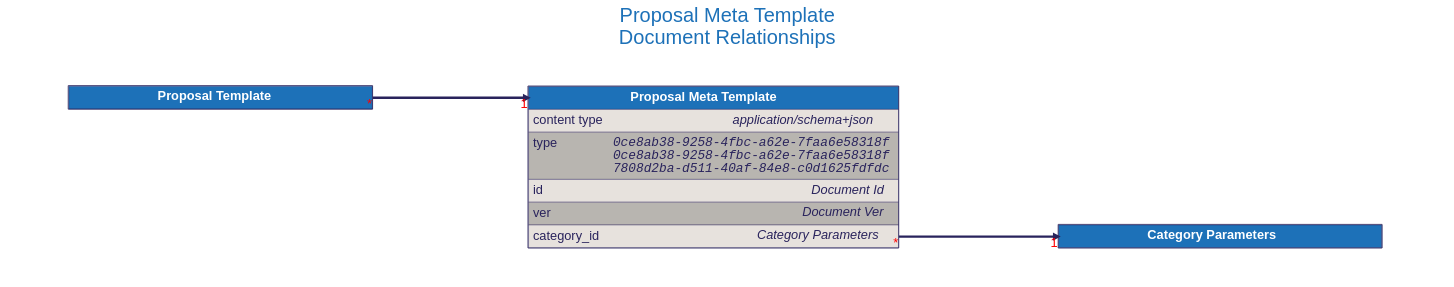
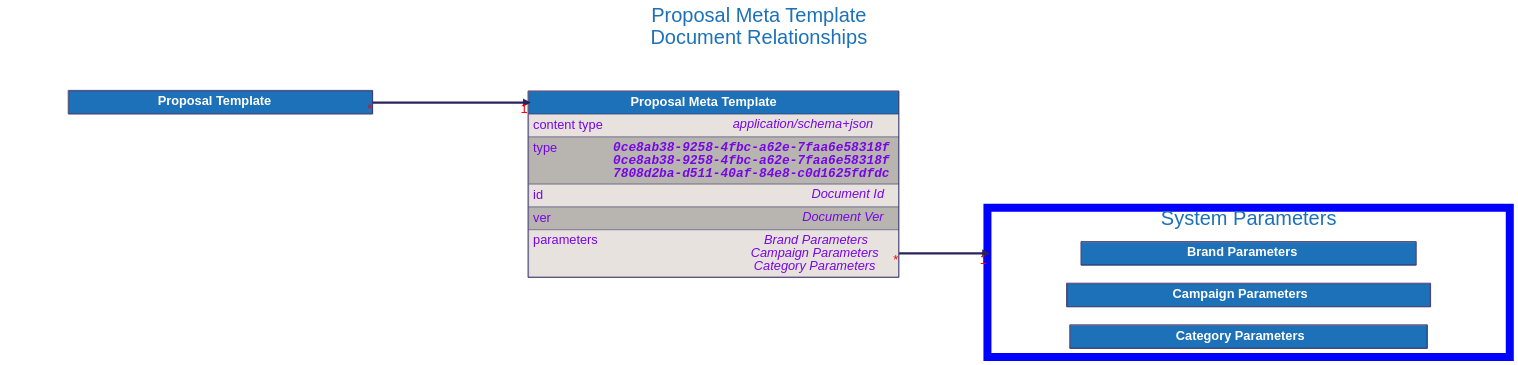
The diagram in docs/src/architecture/08_concepts/signed_doc/diagrams/proposal_meta_template.dot (input-output-hk/catalyst-libs), drawn with Graphviz before and after one commit. The commit also changed 59 other files, not shown here.

```diff
--- a/docs/src/architecture/08_concepts/signed_doc/diagrams/proposal_meta_template.dot
+++ b/docs/src/architecture/08_concepts/signed_doc/diagrams/proposal_meta_template.dot
@@ -1,111 +1,149 @@
 digraph "Proposal Meta Template" {
     rankdir="LR"
-        graph [fontname="helvetica", fontsize="32", fontcolor="#29235c", bgcolor="white"];
-        node [penwidth="0", margin="0", fontname="helvetica", fontsize="32", fontcolor="#29235c"];
-        edge [fontname="helvetica", fontsize="32", fontcolor="red", color="#29235c"];
+    graph [fontname="helvetica", fontsize="32", fontcolor="#29235c", bgcolor="white"];
+    node [penwidth="0", margin="0", fontname="helvetica", fontsize="32", fontcolor="#29235c"];
+    edge [fontname="helvetica", fontsize="32", fontcolor="red", color="#29235c"];
 
     labelloc="t"
     label="Proposal Meta Template
 Document Relationships"
     fontcolor="#1d71b8"
     fontsize=50
+    compound=true
 
 
-    "Category Parameters" [
-        id="Category Parameters";
-        label=<
-            <TABLE BORDER="2" COLOR="#29235c" CELLBORDER="1" CELLSPACING="0" CELLPADDING="10">
-            <TR>
-                <TD PORT="title" BGCOLOR="#1d71b8" HREF="../category_parameters/">
-                    <FONT COLOR="#ffffff"><B> Category Parameters </B></FONT>
-                </TD>
-            </TR>
 
-            </TABLE>
-        >
-    ];
+    subgraph cluster_system_parameters {
+        label = "System Parameters";
+        color=blue
+        penwidth=20
 
+        "Brand Parameters" [
+            id="Brand Parameters";
+            label=<
+                <TABLE BORDER="2" COLOR="#29235c" CELLBORDER="1" CELLSPACING="0" CELLPADDING="10">
+                <TR>
+                    <TD PORT="title" BGCOLOR="#1d71b8" HREF="../brand_parameters/">
+                        <FONT COLOR="#ffffff"><B> Brand Parameters </B></FONT>
+                    </TD>
+                </TR>
+
+                </TABLE>
+            >
+        ];
+
+
+        "Campaign Parameters" [
+            id="Campaign Parameters";
+            label=<
+                <TABLE BORDER="2" COLOR="#29235c" CELLBORDER="1" CELLSPACING="0" CELLPADDING="10">
+                <TR>
+                    <TD PORT="title" BGCOLOR="#1d71b8" HREF="../campaign_parameters/">
+                        <FONT COLOR="#ffffff"><B> Campaign Parameters </B></FONT>
+                    </TD>
+                </TR>
+
+                </TABLE>
+            >
+        ];
+
+
+        "Category Parameters" [
+            id="Category Parameters";
+            label=<
+                <TABLE BORDER="2" COLOR="#29235c" CELLBORDER="1" CELLSPACING="0" CELLPADDING="10">
+                <TR>
+                    <TD PORT="title" BGCOLOR="#1d71b8" HREF="../category_parameters/">
+                        <FONT COLOR="#ffffff"><B> Category Parameters </B></FONT>
+                    </TD>
+                </TR>
+
+                </TABLE>
+            >
+        ];
+
+    }
 
     "Proposal Meta Template" [
         id="Proposal Meta Template";
         label=<
             <TABLE BORDER="2" COLOR="#29235c" CELLBORDER="1" CELLSPACING="0" CELLPADDING="10">
             <TR>
                 <TD PORT="title" BGCOLOR="#1d71b8" HREF="../proposal_meta_template/">
                     <FONT COLOR="#ffffff"><B> Proposal Meta Template </B></FONT>
                 </TD>
             </TR>
             <TR>
                 <TD ALIGN="LEFT" PORT="content type" BGCOLOR="#e7e2dd">
                     <TABLE CELLPADDING="0" CELLSPACING="0" BORDER="0">
                         <TR>
-                            <TD ALIGN="LEFT" VALIGN="TOP" WIDTH="200"><FONT>content type</FONT></TD>
-                            <TD ALIGN="RIGHT"><FONT><I>application/schema+json</I></FONT></TD>
+                            <TD ALIGN="LEFT" VALIGN="TOP" WIDTH="200"><FONT COLOR="#7706E5">content type</FONT></TD>
+                            <TD ALIGN="RIGHT"><FONT COLOR="#7706E5"><I>application/schema+json</I></FONT></TD>
                         </TR>
                     </TABLE>
                 </TD>
             </TR>
             <TR>
                 <TD ALIGN="LEFT" PORT="type" BGCOLOR="#b8b5b0">
                     <TABLE CELLPADDING="0" CELLSPACING="0" BORDER="0">
                         <TR>
-                            <TD ALIGN="LEFT" VALIGN="TOP" WIDTH="200"><FONT>type</FONT></TD>
-                            <TD ALIGN="RIGHT"><FONT FACE="Courier"><I>0ce8ab38-9258-4fbc-a62e-7faa6e58318f<BR />0ce8ab38-9258-4fbc-a62e-7faa6e58318f<BR />7808d2ba-d511-40af-84e8-c0d1625fdfdc</I></FONT></TD>
+                            <TD ALIGN="LEFT" VALIGN="TOP" WIDTH="200"><FONT COLOR="#7706E5">type</FONT></TD>
+                            <TD ALIGN="RIGHT"><FONT FACE="Courier" COLOR="#7706E5"><B><I>0ce8ab38-9258-4fbc-a62e-7faa6e58318f<BR />0ce8ab38-9258-4fbc-a62e-7faa6e58318f<BR />7808d2ba-d511-40af-84e8-c0d1625fdfdc</I></B></FONT></TD>
                         </TR>
                     </TABLE>
                 </TD>
             </TR>
             <TR>
                 <TD ALIGN="LEFT" PORT="id" BGCOLOR="#e7e2dd">
                     <TABLE CELLPADDING="0" CELLSPACING="0" BORDER="0">
                         <TR>
-                            <TD ALIGN="LEFT" VALIGN="TOP" WIDTH="200"><FONT>id</FONT></TD>
-                            <TD ALIGN="RIGHT"><FONT><I>Document Id</I></FONT></TD>
+                            <TD ALIGN="LEFT" VALIGN="TOP" WIDTH="200"><FONT COLOR="#7706E5">id</FONT></TD>
+                            <TD ALIGN="RIGHT"><FONT COLOR="#7706E5"><I>Document Id</I></FONT></TD>
                         </TR>
                     </TABLE>
                 </TD>
             </TR>
             <TR>
                 <TD ALIGN="LEFT" PORT="ver" BGCOLOR="#b8b5b0">
                     <TABLE CELLPADDING="0" CELLSPACING="0" BORDER="0">
                         <TR>
-                            <TD ALIGN="LEFT" VALIGN="TOP" WIDTH="200"><FONT>ver</FONT></TD>
-                            <TD ALIGN="RIGHT"><FONT><I>Document Ver</I></FONT></TD>
+                            <TD ALIGN="LEFT" VALIGN="TOP" WIDTH="200"><FONT COLOR="#7706E5">ver</FONT></TD>
+                            <TD ALIGN="RIGHT"><FONT COLOR="#7706E5"><I>Document Ver</I></FONT></TD>
                         </TR>
                     </TABLE>
                 </TD>
             </TR>
             <TR>
-                <TD ALIGN="LEFT" PORT="category_id" BGCOLOR="#e7e2dd">
+                <TD ALIGN="LEFT" PORT="parameters" BGCOLOR="#e7e2dd">
                     <TABLE CELLPADDING="0" CELLSPACING="0" BORDER="0">
                         <TR>
-                            <TD ALIGN="LEFT" VALIGN="TOP" WIDTH="200"><FONT>category_id</FONT></TD>
-                            <TD ALIGN="RIGHT"><FONT><I>Category Parameters</I></FONT></TD>
+                            <TD ALIGN="LEFT" VALIGN="TOP" WIDTH="200"><FONT COLOR="#7706E5">parameters</FONT></TD>
+                            <TD ALIGN="RIGHT"><FONT COLOR="#7706E5"><I>Brand Parameters<BR />Campaign Parameters<BR />Category Parameters</I></FONT></TD>
                         </TR>
                     </TABLE>
                 </TD>
             </TR>
 
             </TABLE>
         >
     ];
 
 
     "Proposal Template" [
         id="Proposal Template";
         label=<
             <TABLE BORDER="2" COLOR="#29235c" CELLBORDER="1" CELLSPACING="0" CELLPADDING="10">
             <TR>
                 <TD PORT="title" BGCOLOR="#1d71b8" HREF="../proposal_template/">
                     <FONT COLOR="#ffffff"><B> Proposal Template </B></FONT>
                 </TD>
             </TR>
 
             </TABLE>
         >
     ];
 
 
-    "Proposal Meta Template":"category_id":e -> "Category Parameters":"title":w [dir=forward, penwidth=6, color="#29235c", headlabel="1", taillabel="*"]
+    "Proposal Meta Template":"parameters":e -> "Brand Parameters" [dir=forward, penwidth=6, color="#29235c", headlabel="1", taillabel="*", lhead="cluster_system_parameters"]
     "Proposal Template":"title":e -> "Proposal Meta Template":"title":w [dir=forward, penwidth=6, color="#29235c", headlabel="1", taillabel="*"]
 }
```
